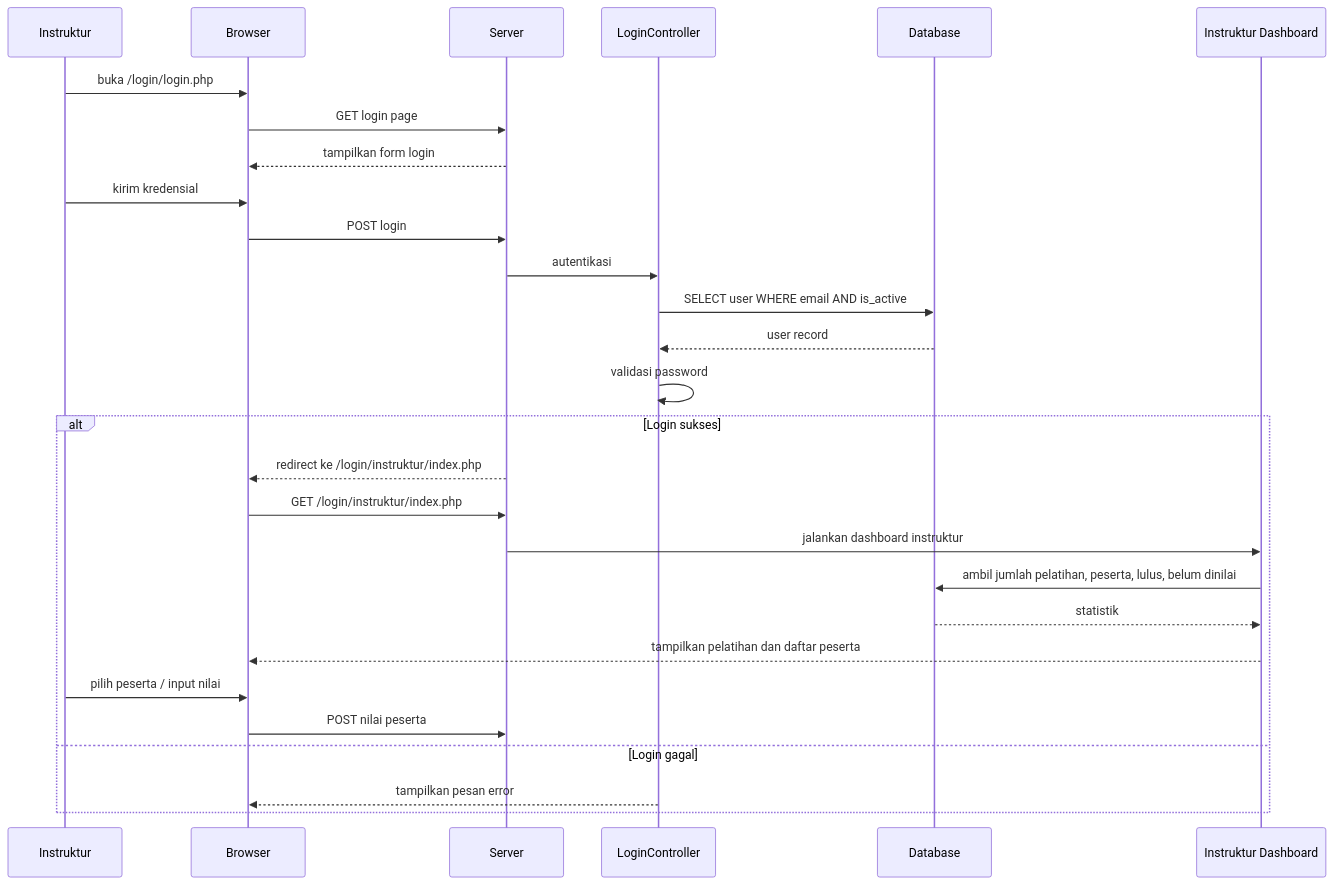
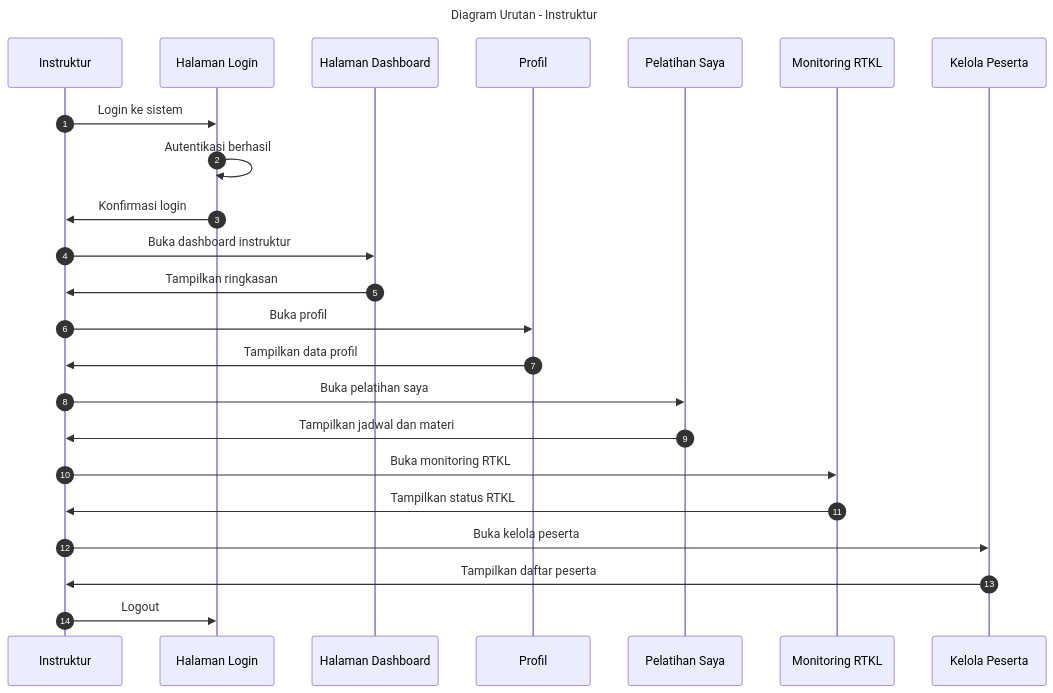
Before and after one commit to hafiz4m1/SISTEM_INFORMASI_MANAJEMEN_PELATIHAN_DAN_ALUMNI: the diagram in diagram/instruktur_sequence.mmd, drawn with Mermaid. The commit also changed 47 other files, not shown here.

```diff
--- a/diagram/instruktur_sequence.mmd
+++ b/diagram/instruktur_sequence.mmd
@@ -1,29 +1,26 @@
 sequenceDiagram
-    participant Instruktur
-    participant Browser
-    participant Server
-    participant LoginController as LoginController
-    participant Database as Database
-    participant InstrukturDashboard as Instruktur Dashboard
+    %% Instruktur sequence diagram
+    title Diagram Urutan - Instruktur
+    autonumber
+    participant Instruktur as Instruktur
+    participant HalamanLogin as Halaman Login
+    participant HalamanDashboard as Halaman Dashboard
+    participant HalamanProfile as Profil
+    participant HalamanPelatihan as Pelatihan Saya
+    participant HalamanMonitoring as Monitoring RTKL
+    participant HalamanPeserta as Kelola Peserta
 
-    Instruktur ->> Browser: buka /login/login.php
-    Browser ->> Server: GET login page
-    Server -->> Browser: tampilkan form login
-    Instruktur ->> Browser: kirim kredensial
-    Browser ->> Server: POST login
-    Server ->> LoginController: autentikasi
-    LoginController ->> Database: SELECT user WHERE email AND is_active
-    Database -->> LoginController: user record
-    LoginController ->> LoginController: validasi password
-    alt Login sukses
-        Server -->> Browser: redirect ke /login/instruktur/index.php
-        Browser ->> Server: GET /login/instruktur/index.php
-        Server ->> InstrukturDashboard: jalankan dashboard instruktur
-        InstrukturDashboard ->> Database: ambil jumlah pelatihan, peserta, lulus, belum dinilai
-        Database -->> InstrukturDashboard: statistik
-        InstrukturDashboard -->> Browser: tampilkan pelatihan dan daftar peserta
-        Instruktur ->> Browser: pilih peserta / input nilai
-        Browser ->> Server: POST nilai peserta
-    else Login gagal
-        LoginController -->> Browser: tampilkan pesan error
-    end
+    Instruktur ->> HalamanLogin: Login ke sistem
+    HalamanLogin ->> HalamanLogin: Autentikasi berhasil
+    HalamanLogin ->> Instruktur: Konfirmasi login
+    Instruktur ->> HalamanDashboard: Buka dashboard instruktur
+    HalamanDashboard ->> Instruktur: Tampilkan ringkasan
+    Instruktur ->> HalamanProfile: Buka profil
+    HalamanProfile ->> Instruktur: Tampilkan data profil
+    Instruktur ->> HalamanPelatihan: Buka pelatihan saya
+    HalamanPelatihan ->> Instruktur: Tampilkan jadwal dan materi
+    Instruktur ->> HalamanMonitoring: Buka monitoring RTKL
+    HalamanMonitoring ->> Instruktur: Tampilkan status RTKL
+    Instruktur ->> HalamanPeserta: Buka kelola peserta
+    HalamanPeserta ->> Instruktur: Tampilkan daftar peserta
+    Instruktur ->> HalamanLogin: Logout
```
